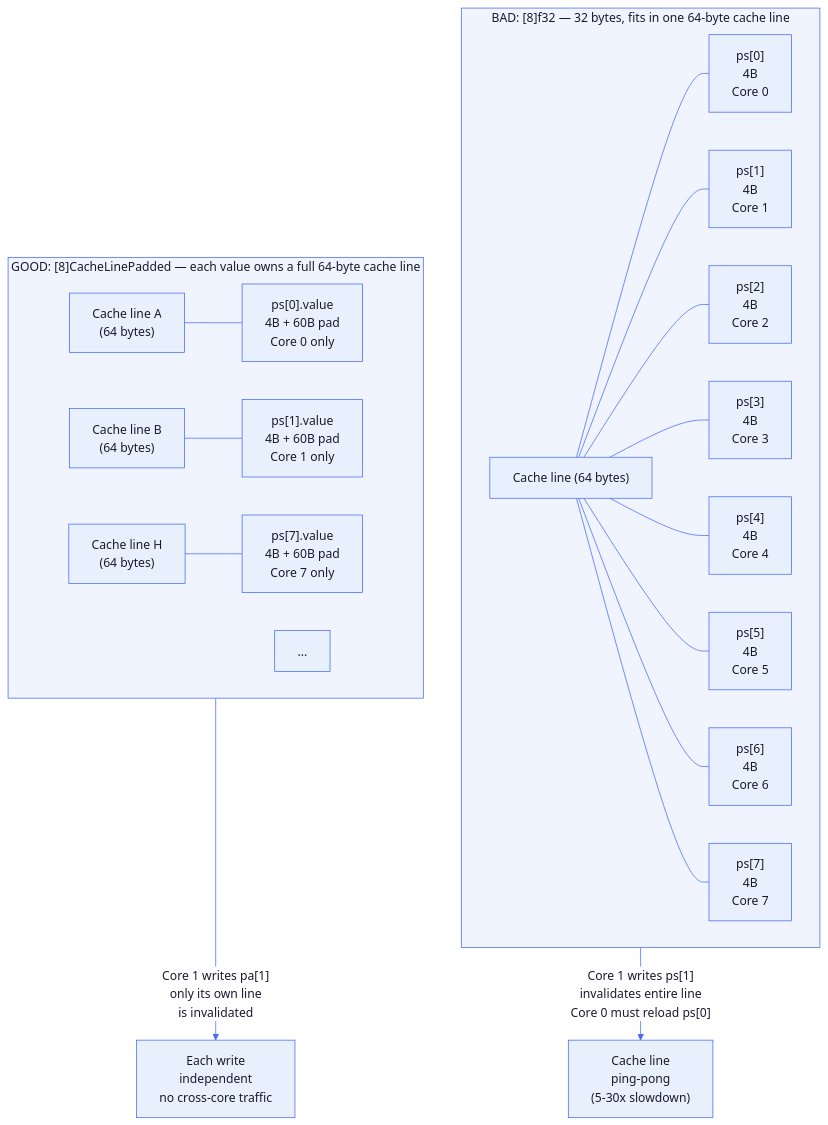
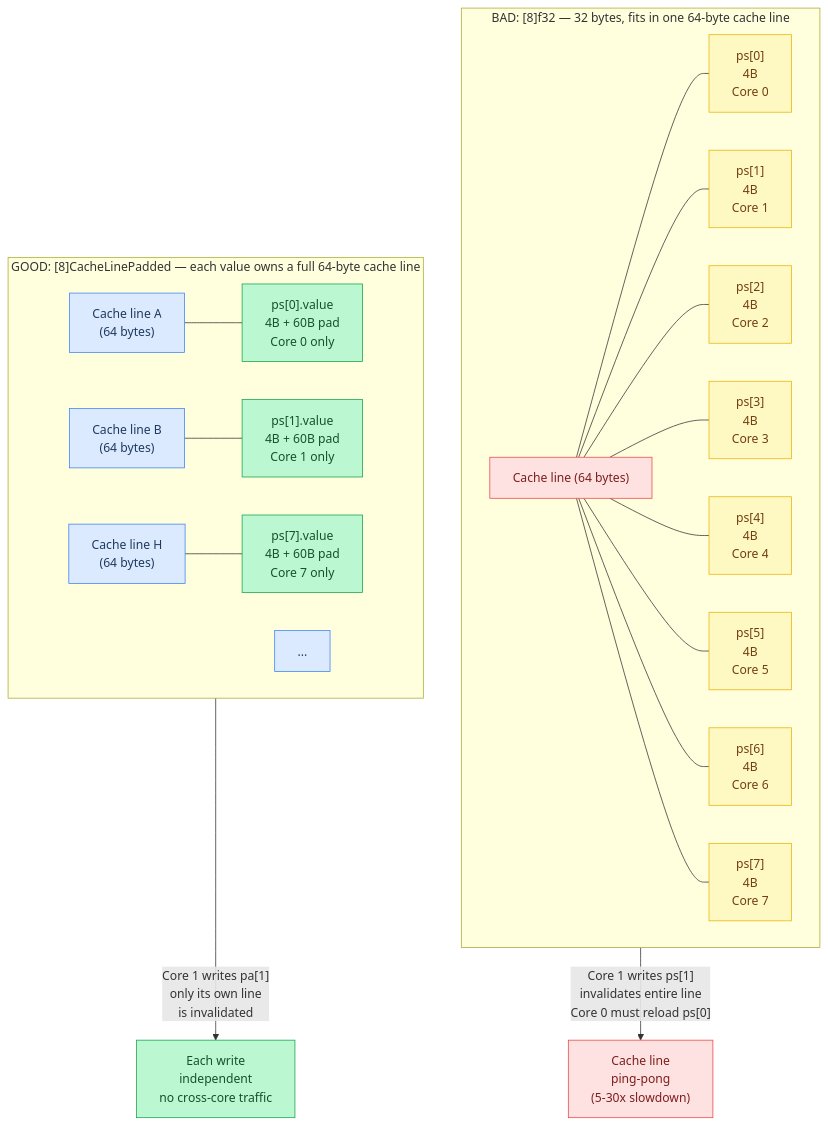
The seventh of 7 diagrams in docs/tutorial/12-cpu-parallelism.md (maci0/agave), drawn with Mermaid before and after one commit. The commit also changed other lines of this file and 24 other files, not shown here.

First line of the commit message:
docs: convert all mermaid diagrams to classDef semantic colors

````diff
--- a/docs/tutorial/12-cpu-parallelism.md
+++ b/docs/tutorial/12-cpu-parallelism.md
@@ -666,43 +672,50 @@
 ```mermaid
-%%{init: {'theme': 'base', 'themeVariables': {
-  'primaryColor': '#e8f0fe',
-  'primaryTextColor': '#1a1a2e',
-  'primaryBorderColor': '#4a6cf7',
-  'lineColor': '#4a6cf7',
-  'secondaryColor': '#f0f4ff',
-  'tertiaryColor': '#f8f9ff',
-  'edgeLabelBackground': '#ffffff',
-  'clusterBkg': '#f0f4ff',
-  'clusterBorder': '#4a6cf7',
-  'titleColor': '#1a1a2e',
-  'nodeTextColor': '#1a1a2e',
-  'fontFamily': 'ui-monospace, SFMono-Regular, monospace'
-}}}%%
 flowchart TB
+    classDef setup     fill:#dbeafe,stroke:#3b82f6,color:#1e3a5f
+    classDef sync      fill:#dcfce7,stroke:#22c55e,color:#14532d
+    classDef migration fill:#fef9c3,stroke:#eab308,color:#713f12
+    classDef success   fill:#bbf7d0,stroke:#16a34a,color:#14532d
+    classDef danger    fill:#fee2e2,stroke:#ef4444,color:#7f1d1d
+    classDef optional  fill:#f3e8ff,stroke:#9333ea,color:#581c87
+
+    Ping["Cache line\nping-pong\n(5-30x slowdown)"]:::danger
+    Solo["Each write\nindependent\nno cross-core traffic"]:::success
+
     subgraph bad ["BAD: [8]f32 — 32 bytes, fits in one 64-byte cache line"]
         direction LR
-        CL1["Cache line (64 bytes)"]
-        CL1 --- PS0["ps[0]\n4B\nCore 0"]
-        CL1 --- PS1["ps[1]\n4B\nCore 1"]
-        CL1 --- PS2["ps[2]\n4B\nCore 2"]
-        CL1 --- PS3["ps[3]\n4B\nCore 3"]
-        CL1 --- PS4["ps[4]\n4B\nCore 4"]
-        CL1 --- PS5["ps[5]\n4B\nCore 5"]
-        CL1 --- PS6["ps[6]\n4B\nCore 6"]
-        CL1 --- PS7["ps[7]\n4B\nCore 7"]
+        CL1["Cache line (64 bytes)"]:::danger
+        PS0["ps[0]\n4B\nCore 0"]:::migration
+        PS1["ps[1]\n4B\nCore 1"]:::migration
+        PS2["ps[2]\n4B\nCore 2"]:::migration
+        PS3["ps[3]\n4B\nCore 3"]:::migration
+        PS4["ps[4]\n4B\nCore 4"]:::migration
+        PS5["ps[5]\n4B\nCore 5"]:::migration
+        PS6["ps[6]\n4B\nCore 6"]:::migration
+        PS7["ps[7]\n4B\nCore 7"]:::migration
+        CL1 --- PS0
+        CL1 --- PS1
+        CL1 --- PS2
+        CL1 --- PS3
+        CL1 --- PS4
+        CL1 --- PS5
+        CL1 --- PS6
+        CL1 --- PS7
     end
 
     subgraph good ["GOOD: [8]CacheLinePadded — each value owns a full 64-byte cache line"]
         direction LR
-        CL_A["Cache line A\n(64 bytes)"]
-        CL_B["Cache line B\n(64 bytes)"]
-        CL_C["..."]
-        CL_H["Cache line H\n(64 bytes)"]
-        CL_A --- PA0["ps[0].value\n4B + 60B pad\nCore 0 only"]
-        CL_B --- PA1["ps[1].value\n4B + 60B pad\nCore 1 only"]
-        CL_H --- PA7["ps[7].value\n4B + 60B pad\nCore 7 only"]
+        CL_A["Cache line A\n(64 bytes)"]:::setup
+        CL_B["Cache line B\n(64 bytes)"]:::setup
+        CL_C["..."]:::setup
+        CL_H["Cache line H\n(64 bytes)"]:::setup
+        PA0["ps[0].value\n4B + 60B pad\nCore 0 only"]:::success
+        PA1["ps[1].value\n4B + 60B pad\nCore 1 only"]:::success
+        PA7["ps[7].value\n4B + 60B pad\nCore 7 only"]:::success
+        CL_A --- PA0
+        CL_B --- PA1
+        CL_H --- PA7
     end
 
-    bad -->|"Core 1 writes ps[1]\ninvalidates entire line\nCore 0 must reload ps[0]"| Ping["Cache line\nping-pong\n(5-30x slowdown)"]
-    good -->|"Core 1 writes pa[1]\nonly its own line\nis invalidated"| Solo["Each write\nindependent\nno cross-core traffic"]
+    bad -->|"Core 1 writes ps[1]\ninvalidates entire line\nCore 0 must reload ps[0]"| Ping
+    good -->|"Core 1 writes pa[1]\nonly its own line\nis invalidated"| Solo
 ```
````
